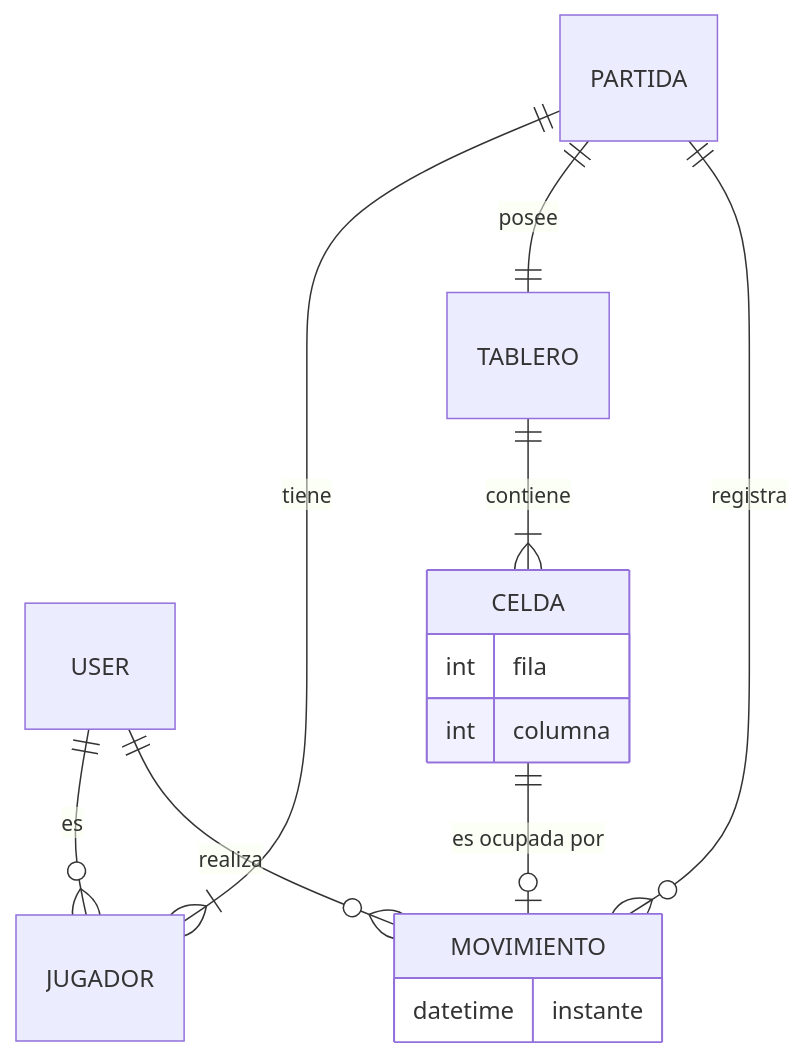
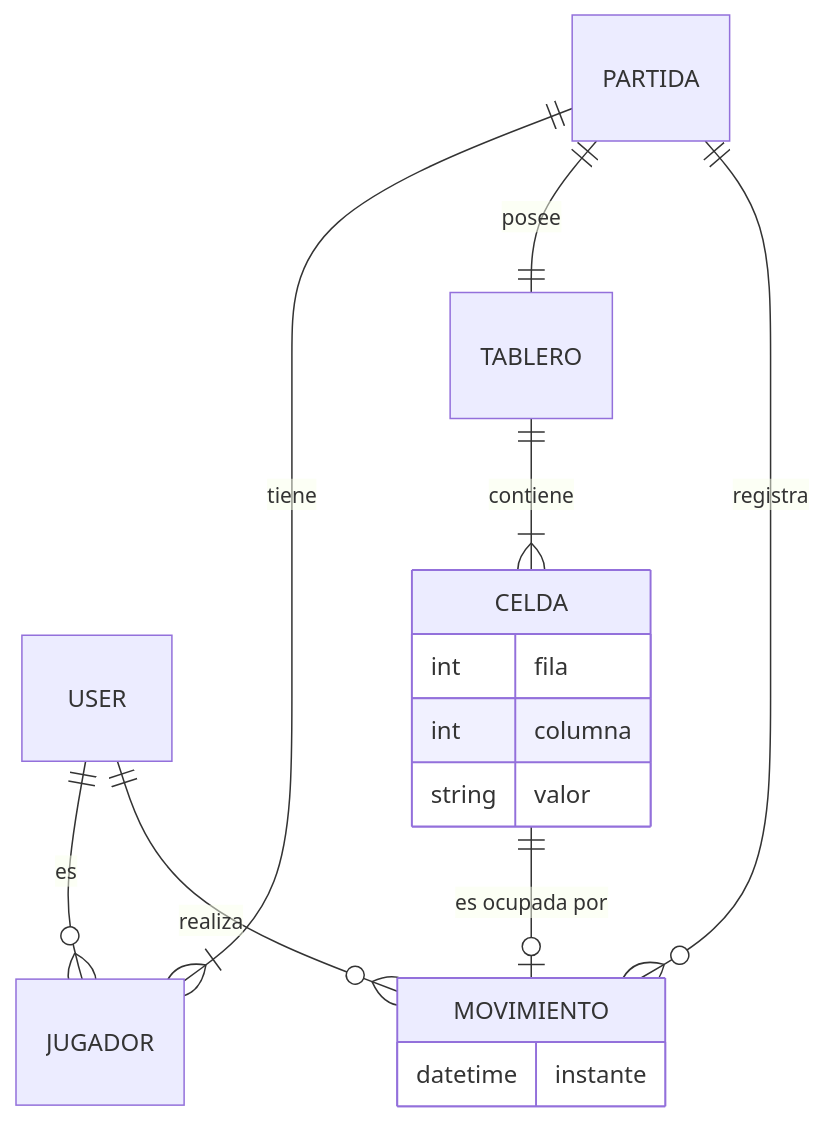
Before and after one commit to mjls130598/Tres-en-raya: the diagram in README.md, drawn with Mermaid. The commit also changed other lines of this file, not shown here.

````diff
--- a/README.md
+++ b/README.md
@@ -2,22 +9,23 @@
 ```mermaid
 ---
 id: 82614056-09fc-4982-bdf2-d10faf30cacc
 ---
 erDiagram
     USER ||--o{ JUGADOR : "es"
     PARTIDA ||--|{ JUGADOR : "tiene"
     PARTIDA ||--|| TABLERO : "posee"
     TABLERO ||--|{ CELDA : "contiene"
     
     PARTIDA ||--o{ MOVIMIENTO : "registra"
     USER ||--o{ MOVIMIENTO : "realiza"
     CELDA ||--o| MOVIMIENTO : "es ocupada por"
 
     MOVIMIENTO {
         datetime instante
     }
     CELDA {
         int fila
         int columna
+        string valor
     }
 ```
````
